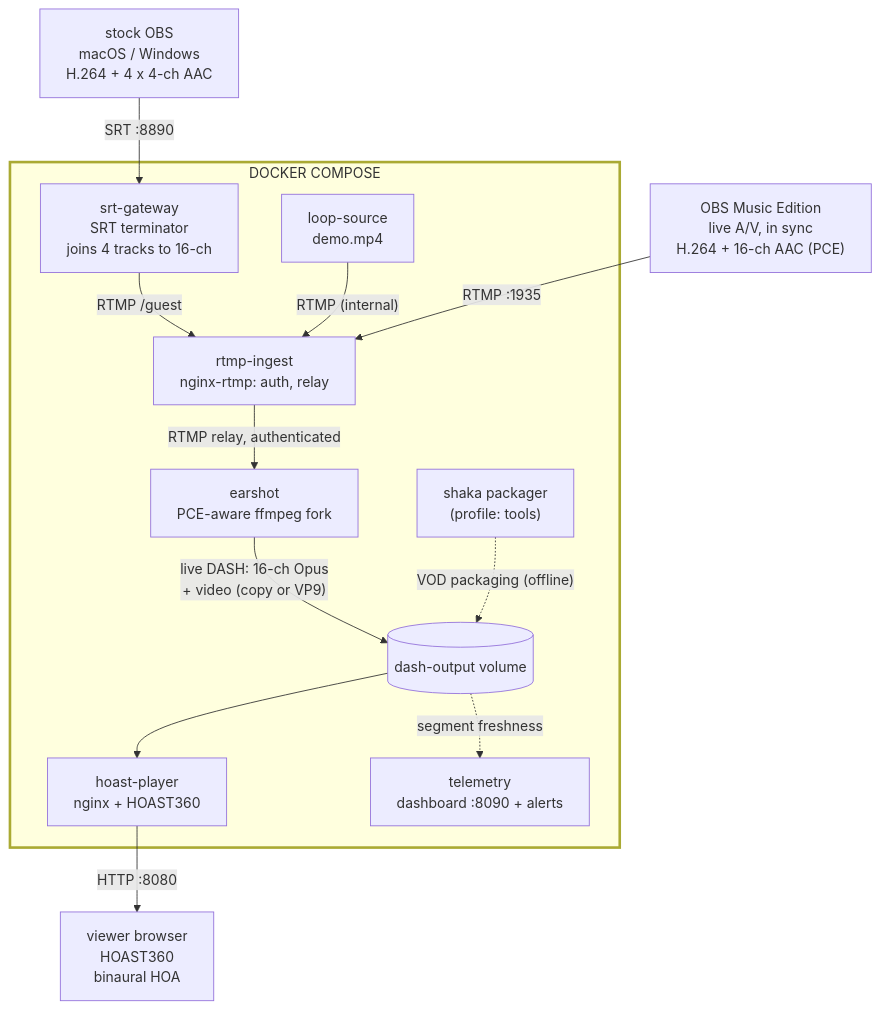
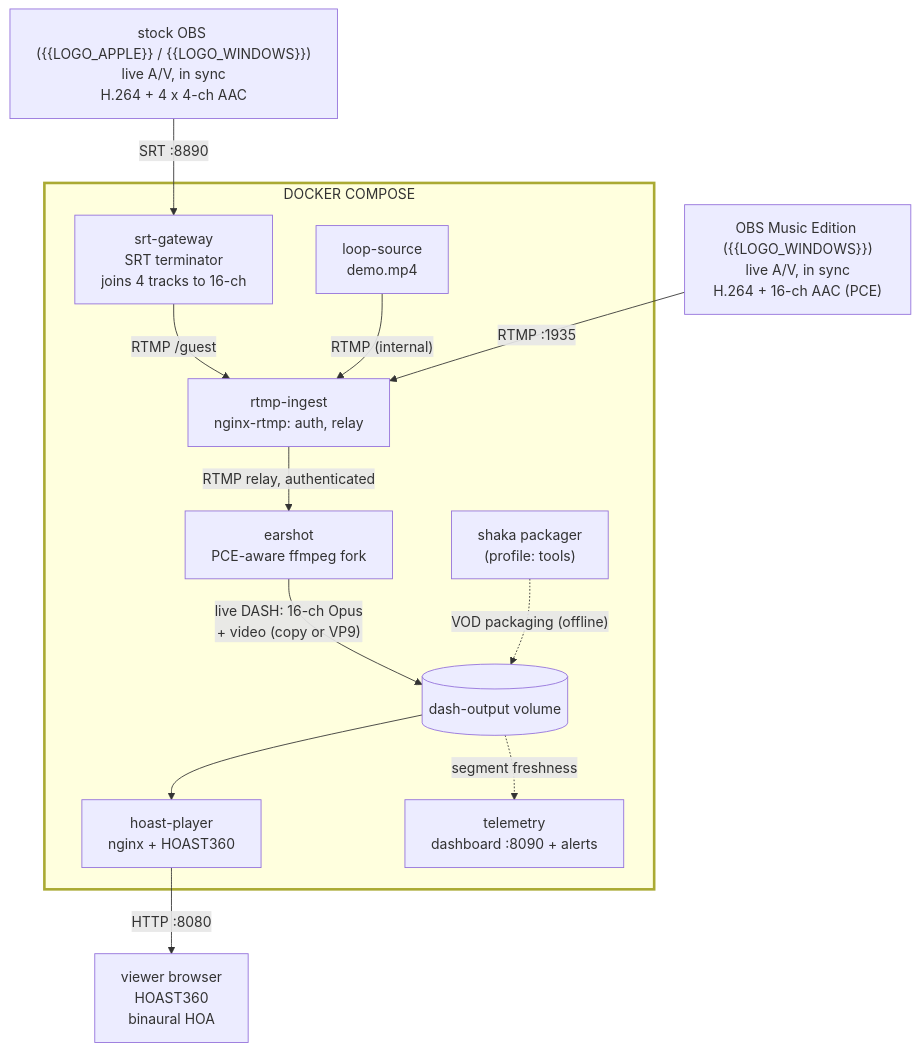
Before and after one commit to mormegil6/ambisonic-box: the diagram in docs/architecture/architecture.mmd, drawn with Mermaid. The commit also changed 14 other files, not shown here.

```diff
--- a/docs/architecture/architecture.mmd
+++ b/docs/architecture/architecture.mmd
@@ -1,33 +1,33 @@
 %% Architecture / data-flow diagram for the HOA 360 stream stack.
 %% This is the SOURCE only: dagre's raw layout is rearranged by postprocess.py,
 %% so do not embed a plain `mmdc` render of this. Run ./build.sh to regenerate
 %% architecture.svg / architecture.png. The subgraph deliberately has no
 %% `direction` (a nested one would give the SVG two coordinate systems).
 flowchart TD
-    SRTOBS["stock OBS<br/>macOS / Windows<br/>H.264 + 4 x 4-ch AAC"]
-    OBS["OBS Music Edition<br/>live A/V, in sync<br/>H.264 + 16-ch AAC (PCE)"]
+    SRTOBS["stock OBS ({{LOGO_APPLE}}&nbsp;/&nbsp;{{LOGO_WINDOWS}})<br/>live A/V, in sync<br/>H.264 + 4 x 4-ch AAC"]
+    OBS["OBS Music Edition ({{LOGO_WINDOWS}})<br/>live A/V, in sync<br/>H.264 + 16-ch AAC (PCE)"]
 
     subgraph COMPOSE["DOCKER COMPOSE"]
         GATEWAY["srt-gateway<br/>SRT terminator<br/>joins 4 tracks to 16-ch"]
         INGEST["rtmp-ingest<br/>nginx-rtmp: auth, relay"]
         LOOP["loop-source<br/>demo.mp4"]
         EARSHOT["earshot<br/>PCE-aware ffmpeg fork"]
         VOL[("dash-output volume")]
         SHAKA["shaka packager<br/>(profile: tools)"]
         PLAYER["hoast-player<br/>nginx + HOAST360"]
         TELEM["telemetry<br/>dashboard :8090 + alerts"]
     end
 
     VIEWER["viewer browser<br/>HOAST360<br/>binaural HOA"]
 
     SRTOBS -- "SRT :8890" --> GATEWAY
     GATEWAY -- "RTMP /guest" --> INGEST
     OBS -- "RTMP :1935" --> INGEST
     LOOP -- "RTMP (internal)" --> INGEST
     INGEST -- "RTMP relay, authenticated" --> EARSHOT
     EARSHOT -- "live DASH: 16-ch Opus<br/>+ video (copy or VP9)" --> VOL
     SHAKA -. "VOD packaging (offline)" .-> VOL
     VOL --> PLAYER
     PLAYER -- "HTTP :8080" --> VIEWER
     VOL -. "segment freshness" .-> TELEM
     style COMPOSE stroke-width:3px
```
